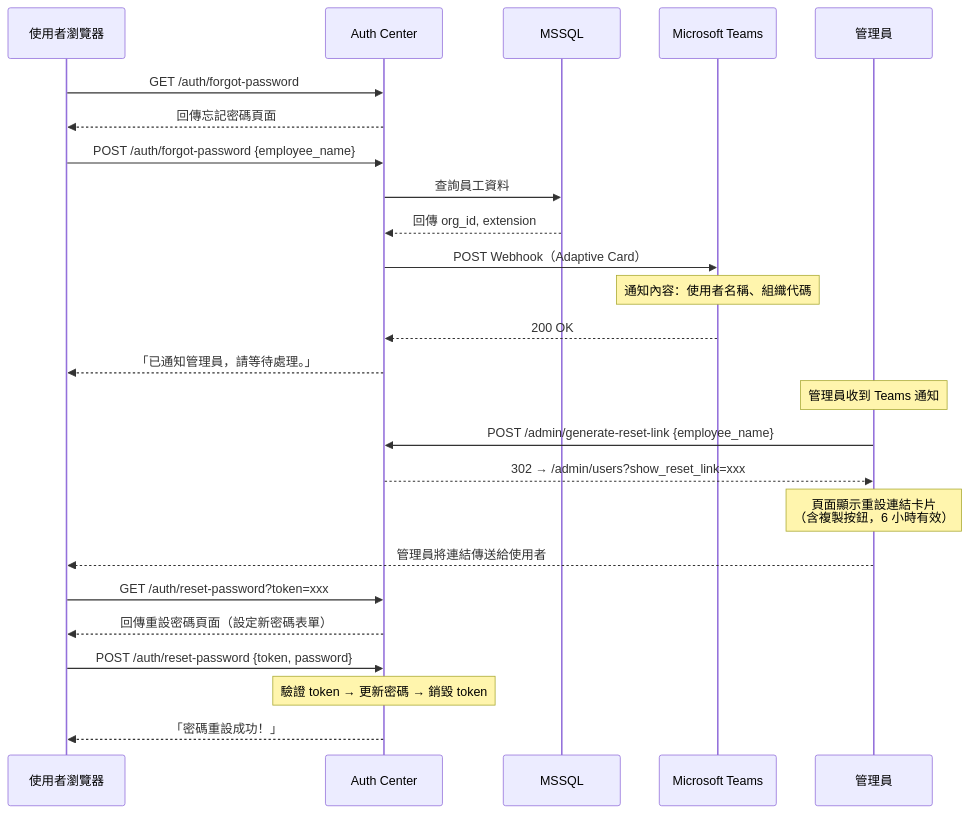
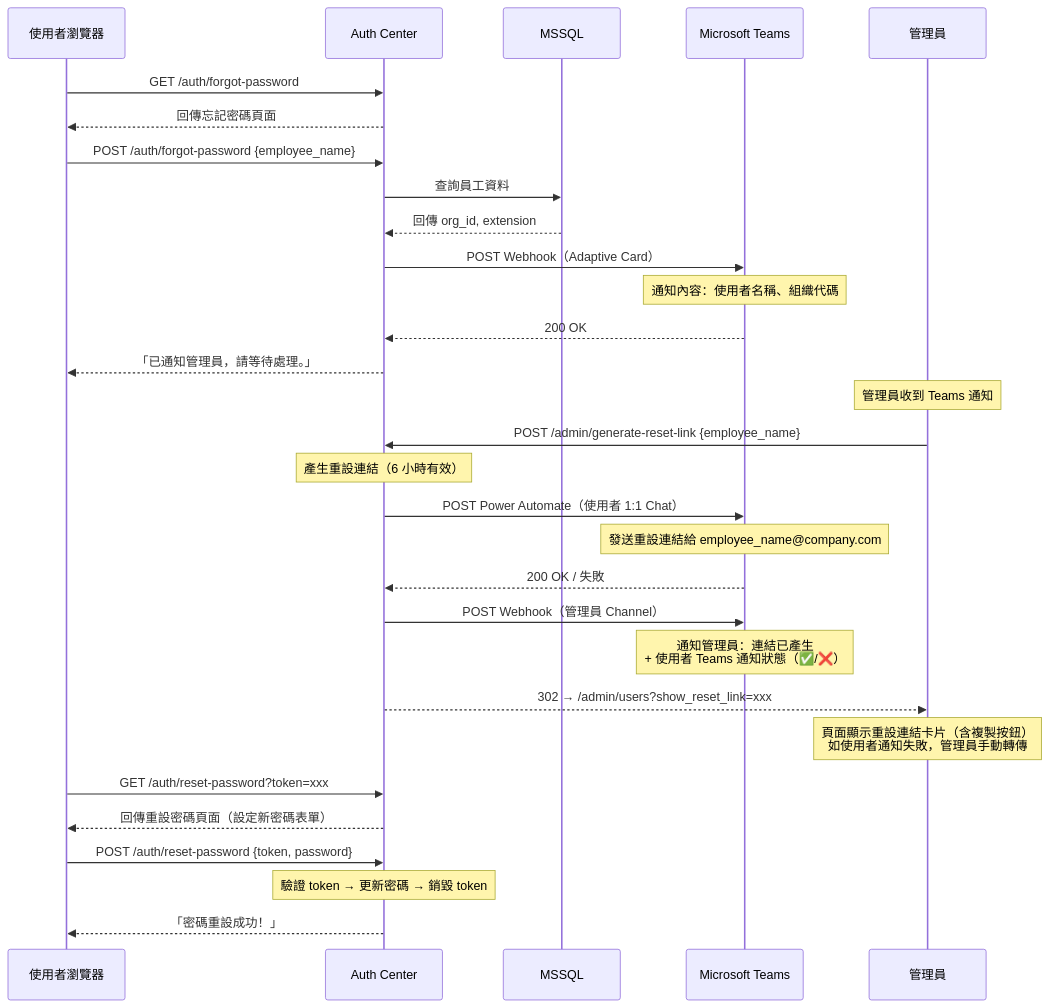
Before and after one commit to bwinken/authcenter: the fourth of 12 diagrams in README.md, drawn with Mermaid. The commit also changed other lines of this file and 4 other files, not shown here.

First line of the commit message:
feat: Teams 使用者個人通知 + 管理員 Channel 投遞狀態追蹤

````diff
--- a/README.md
+++ b/README.md
@@ -688,31 +694,39 @@
 ```mermaid
 sequenceDiagram
     participant U as 使用者瀏覽器
     participant C as Auth Center
     participant M as MSSQL
     participant T as Microsoft Teams
     participant A as 管理員
 
     U->>C: GET /auth/forgot-password
     C-->>U: 回傳忘記密碼頁面
 
     U->>C: POST /auth/forgot-password {employee_name}
     C->>M: 查詢員工資料
     M-->>C: 回傳 org_id, extension
     C->>T: POST Webhook（Adaptive Card）
     Note over T: 通知內容：使用者名稱、組織代碼
     T-->>C: 200 OK
     C-->>U: 「已通知管理員，請等待處理。」
 
     Note over A: 管理員收到 Teams 通知
     A->>C: POST /admin/generate-reset-link {employee_name}
+    Note over C: 產生重設連結（6 小時有效）
+
+    C->>T: POST Power Automate（使用者 1:1 Chat）
+    Note over T: 發送重設連結給 employee_name@company.com
+    T-->>C: 200 OK / 失敗
+
+    C->>T: POST Webhook（管理員 Channel）
+    Note over T: 通知管理員：連結已產生<br/>+ 使用者 Teams 通知狀態（✅/❌）
+
     C-->>A: 302 → /admin/users?show_reset_link=xxx
-    Note over A: 頁面顯示重設連結卡片<br/>（含複製按鈕，6 小時有效）
-    A-->>U: 管理員將連結傳送給使用者
+    Note over A: 頁面顯示重設連結卡片（含複製按鈕）<br/>如使用者通知失敗，管理員手動轉傳
 
     U->>C: GET /auth/reset-password?token=xxx
     C-->>U: 回傳重設密碼頁面（設定新密碼表單）
     U->>C: POST /auth/reset-password {token, password}
     Note over C: 驗證 token → 更新密碼 → 銷毀 token
     C-->>U: 「密碼重設成功！」
 ```
````
